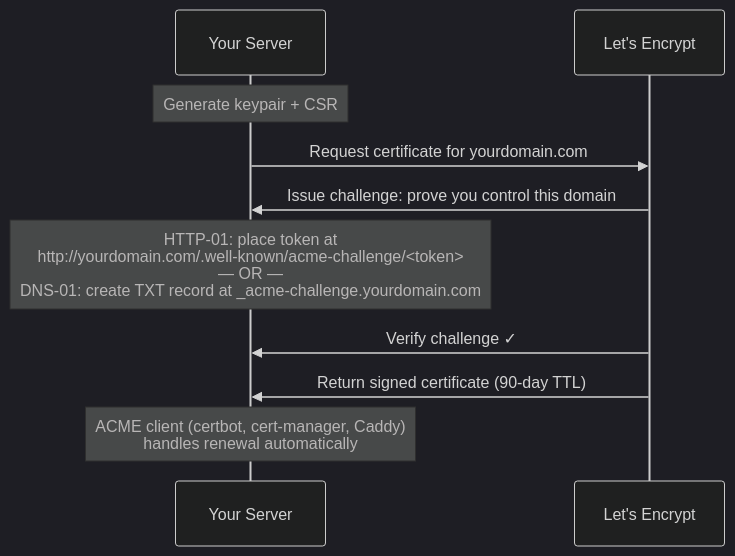
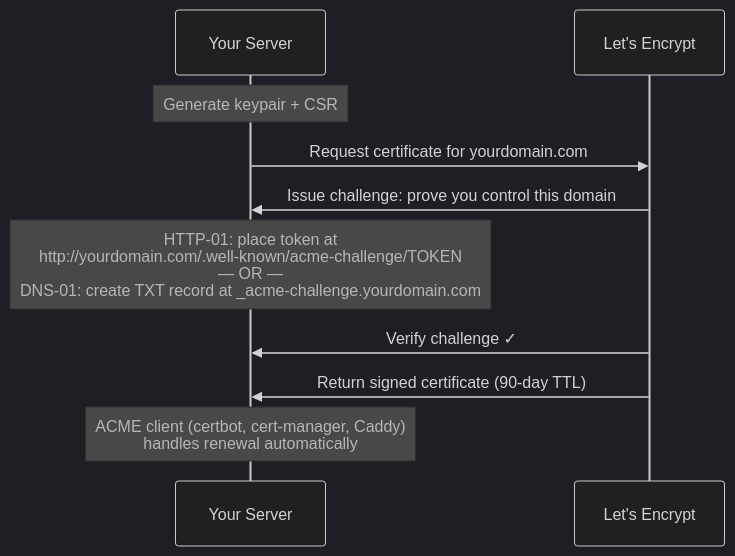
One commit to ypeavler/blog changed the third of 14 diagrams in _posts/2026-03-05-pki-operations-in-a-hurry.md. Above: the diagram before and after it, drawn with Mermaid. The commit also changed 1 other file, not shown here.

Commit message:
fix About link

```diff
--- a/_posts/2026-03-05-pki-operations-in-a-hurry.md
+++ b/_posts/2026-03-05-pki-operations-in-a-hurry.md
@@ -139,14 +139,14 @@
 <div class="mermaid">
 %%{init: {'theme': 'dark'}}%%
 sequenceDiagram
     participant S as Your Server
     participant LE as Let's Encrypt
 
     Note over S: Generate keypair + CSR
     S->>LE: Request certificate for yourdomain.com
     LE->>S: Issue challenge: prove you control this domain
-    Note over S: HTTP-01: place token at<br/>http://yourdomain.com/.well-known/acme-challenge/<token><br/>— OR —<br/>DNS-01: create TXT record at _acme-challenge.yourdomain.com
+    Note over S: HTTP-01: place token at<br/>http://yourdomain.com/.well-known/acme-challenge/TOKEN<br/>— OR —<br/>DNS-01: create TXT record at _acme-challenge.yourdomain.com
     LE->>S: Verify challenge ✓
     LE->>S: Return signed certificate (90-day TTL)
     Note over S: ACME client (certbot, cert-manager, Caddy)<br/>handles renewal automatically
 </div>
```
